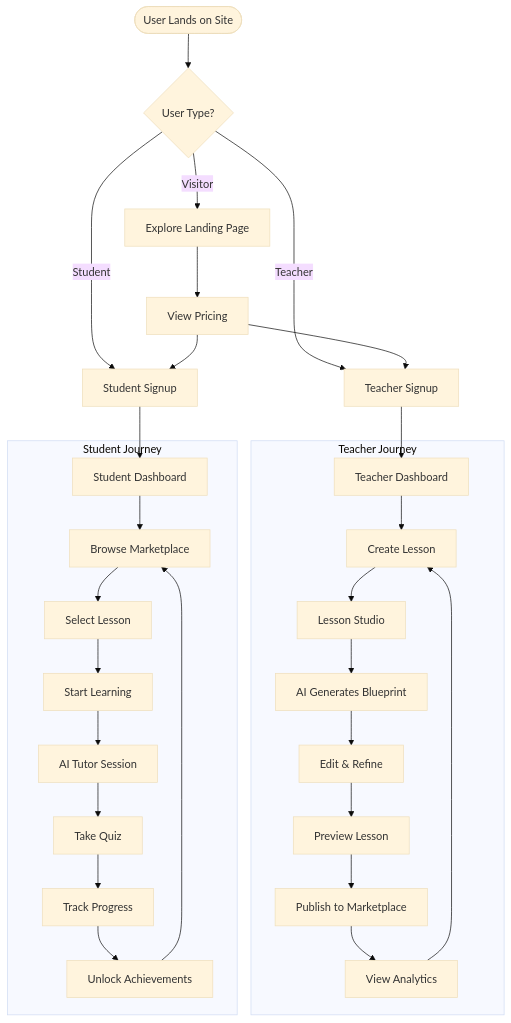
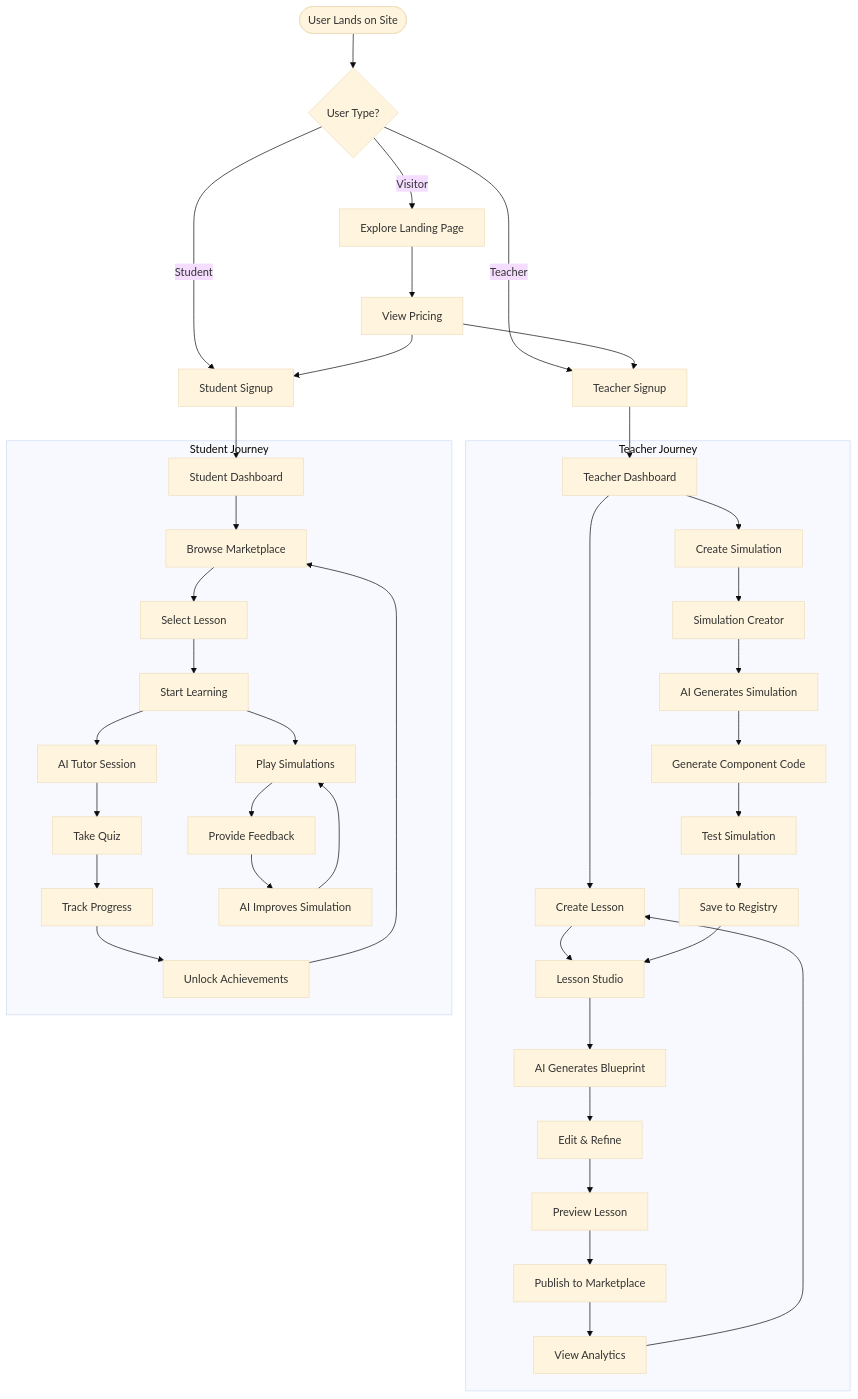
The second of 12 diagrams in Design.md (thetrungdtt/MathMind), drawn with Mermaid (base theme) before and after one commit. The commit also changed other lines of this file, not shown here.

````diff
--- a/Design.md
+++ b/Design.md
@@ -379,37 +548,50 @@
 ```mermaid
 flowchart TD
     Start([User Lands on Site]) --> Role{User Type?}
     
     Role -->|Teacher| TSignup[Teacher Signup]
     Role -->|Student| SSignup[Student Signup]
     Role -->|Visitor| Landing[Explore Landing Page]
     
     TSignup --> TDash[Teacher Dashboard]
     SSignup --> SDash[Student Dashboard]
     Landing --> Pricing[View Pricing]
     
     subgraph "Teacher Journey"
         TDash --> TCreate[Create Lesson]
         TCreate --> Studio[Lesson Studio]
         Studio --> AI[AI Generates Blueprint]
         AI --> Edit[Edit & Refine]
         Edit --> Preview[Preview Lesson]
         Preview --> Publish[Publish to Marketplace]
         Publish --> Analytics[View Analytics]
+        
+        TDash --> SimCreate[Create Simulation]
+        SimCreate --> SimStudio[Simulation Creator]
+        SimStudio --> SimAI[AI Generates Simulation]
+        SimAI --> SimCode[Generate Component Code]
+        SimCode --> SimTest[Test Simulation]
+        SimTest --> SimSave[Save to Registry]
+        SimSave --> Studio
     end
     
     subgraph "Student Journey"
         SDash --> Browse[Browse Marketplace]
         Browse --> Select[Select Lesson]
         Select --> Learn[Start Learning]
         Learn --> AI_Tutor[AI Tutor Session]
         AI_Tutor --> Quiz[Take Quiz]
         Quiz --> Progress[Track Progress]
         Progress --> Achievements[Unlock Achievements]
+        
+        Learn --> SimPlay[Play Simulations]
+        SimPlay --> SimFeedback[Provide Feedback]
+        SimFeedback --> SimImprove[AI Improves Simulation]
     end
     
     Pricing --> TSignup
     Pricing --> SSignup
     Analytics --> TCreate
     Achievements --> Browse
+    SimImprove --> SimPlay
 ```
````
